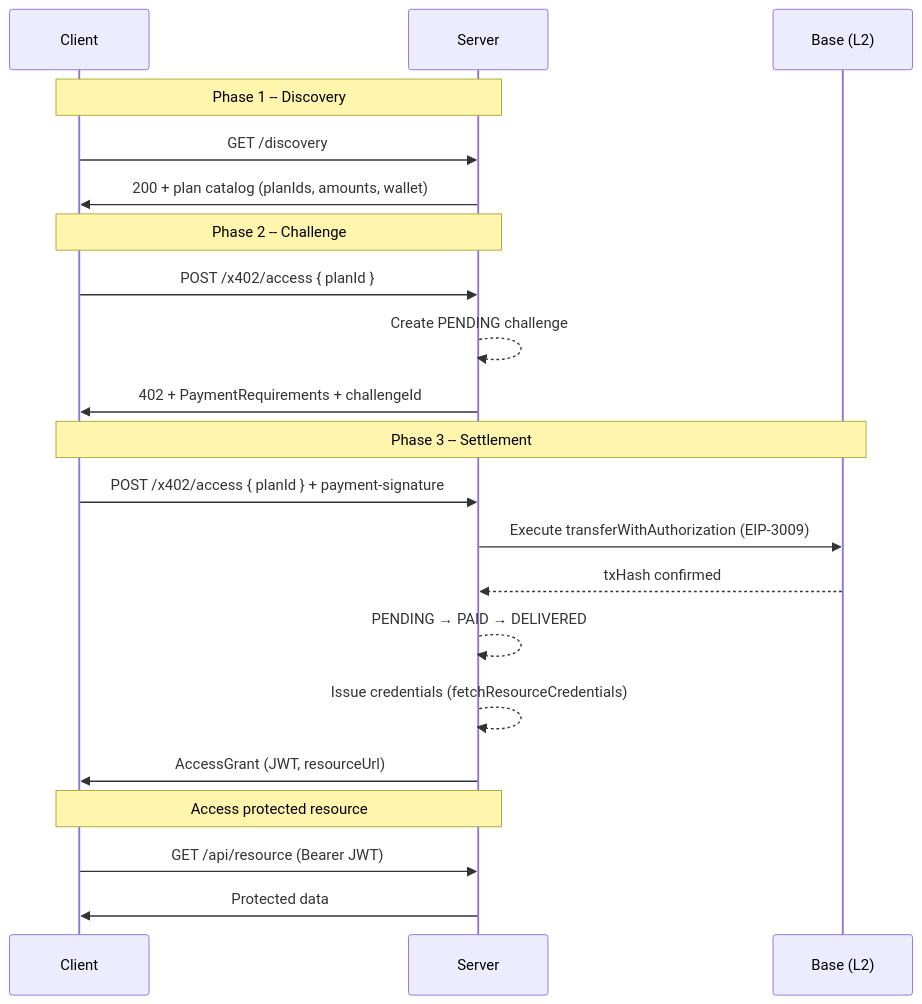
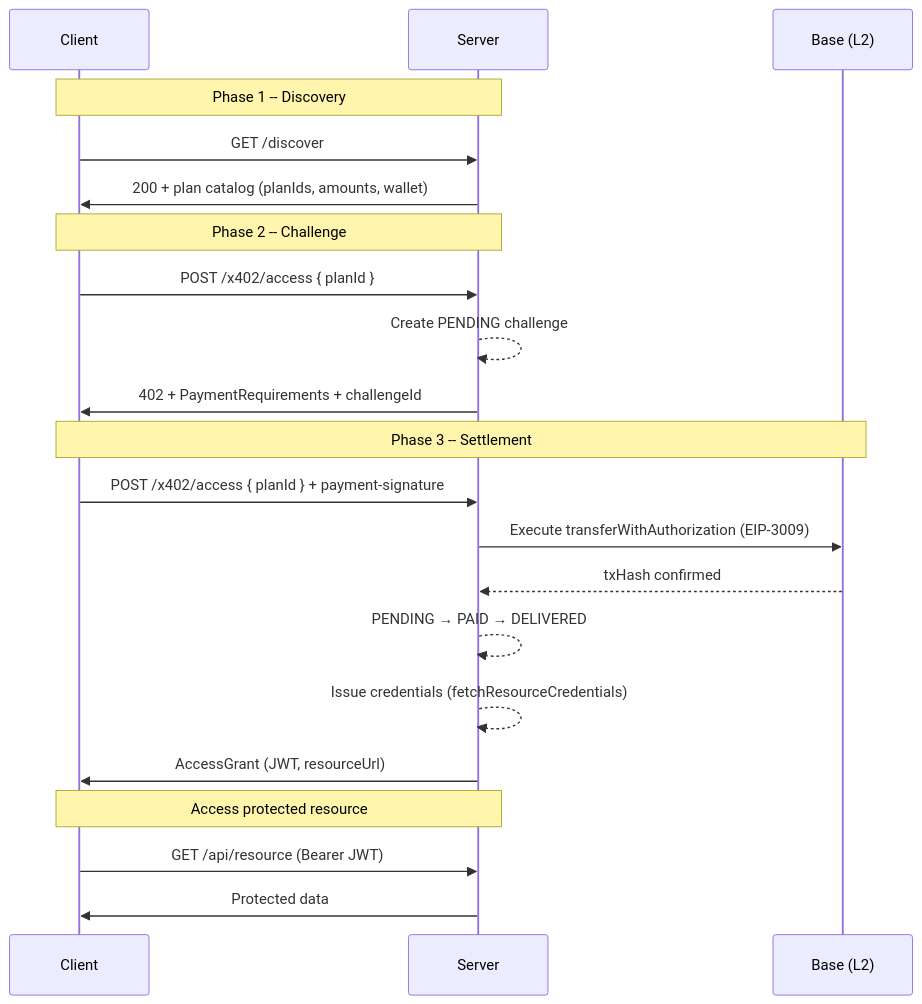
The first of 3 diagrams in docs/mintlify/introduction/how-it-works.mdx (key0ai/key0), drawn with Mermaid before and after one commit. The commit also changed other lines of this file and 44 other files, not shown here.

````diff
--- a/docs/mintlify/introduction/how-it-works.mdx
+++ b/docs/mintlify/introduction/how-it-works.mdx
@@ -26,27 +26,27 @@
 ```mermaid
 sequenceDiagram
     participant Client
     participant Server
     participant Base as Base (L2)
 
     Note over Client,Server: Phase 1 -- Discovery
-    Client->>Server: GET /discovery
+    Client->>Server: GET /discover
     Server->>Client: 200 + plan catalog (planIds, amounts, wallet)
 
     Note over Client,Server: Phase 2 -- Challenge
     Client->>Server: POST /x402/access { planId }
     Server-->>Server: Create PENDING challenge
     Server->>Client: 402 + PaymentRequirements + challengeId
 
     Note over Client,Base: Phase 3 -- Settlement
     Client->>Server: POST /x402/access { planId } + payment-signature
     Server->>Base: Execute transferWithAuthorization (EIP-3009)
     Base-->>Server: txHash confirmed
     Server-->>Server: PENDING → PAID → DELIVERED
     Server-->>Server: Issue credentials (fetchResourceCredentials)
     Server->>Client: AccessGrant (JWT, resourceUrl)
 
     Note over Client,Server: Access protected resource
     Client->>Server: GET /api/resource (Bearer JWT)
     Server->>Client: Protected data
 ```
````
